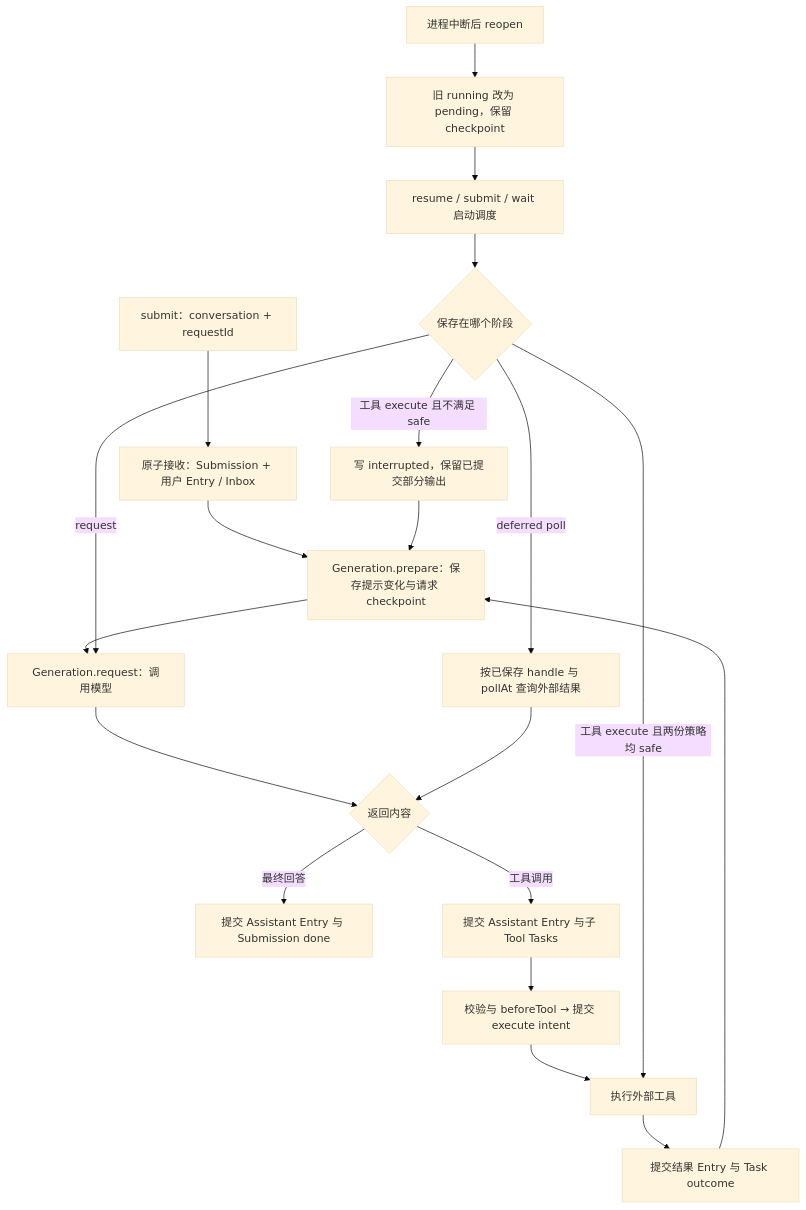
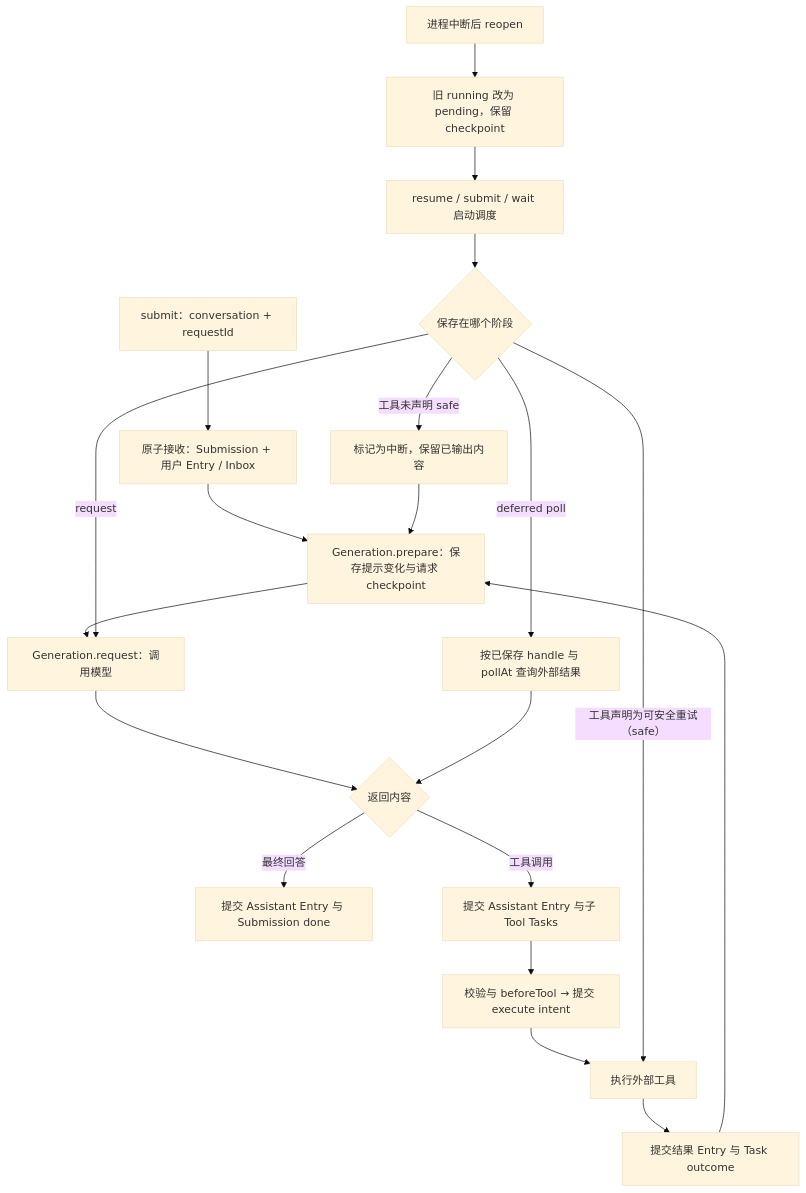
One commit to PerfectPan/wiki changed the second of 3 diagrams in wiki/topics/ai/pi-durable.md. Above: the diagram before and after it, drawn with Mermaid (base theme). The commit also changed other lines of this file and 2 other files, not shown here.

````diff
--- a/wiki/topics/ai/pi-durable.md
+++ b/wiki/topics/ai/pi-durable.md
@@ -73,22 +73,22 @@
 ```mermaid
 flowchart TD
   Input[submit：conversation + requestId] --> Admit[原子接收：Submission + 用户 Entry / Inbox]
   Admit --> Prepare[Generation.prepare：保存提示变化与请求 checkpoint]
   Prepare --> Request[Generation.request：调用模型]
   Request --> Choice{返回内容}
   Choice -->|最终回答| Answer[提交 Assistant Entry 与 Submission done]
   Choice -->|工具调用| Start[提交 Assistant Entry 与子 Tool Tasks]
   Start --> Intent[校验与 beforeTool → 提交 execute intent]
   Intent --> Effect[执行外部工具]
   Effect --> Result[提交结果 Entry 与 Task outcome]
   Result --> Prepare
   Crash[进程中断后 reopen] --> Pending[旧 running 改为 pending，保留 checkpoint]
   Pending --> Resume[resume / submit / wait 启动调度]
   Resume --> Phase{保存在哪个阶段}
   Phase -->|request| Request
-  Phase -->|工具 execute 且两份策略均 safe| Effect
-  Phase -->|工具 execute 且不满足 safe| Interrupted[写 interrupted，保留已提交部分输出]
+  Phase -->|工具声明为可安全重试（safe）| Effect
+  Phase -->|工具未声明 safe| Interrupted[标记为中断，保留已输出内容]
   Interrupted --> Prepare
   Phase -->|deferred poll| Poll[按已保存 handle 与 pollAt 查询外部结果]
   Poll --> Choice
 ```
````
